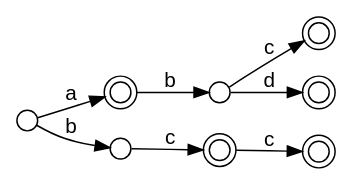
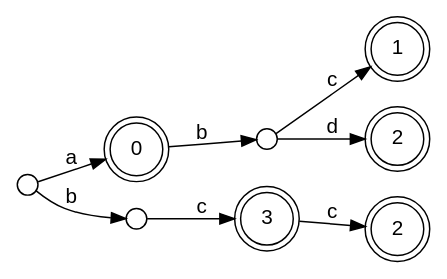
One commit to daac-tools/trie-match changed the diagram in figures/graph.dot. Above: the diagram before and after it, drawn with Graphviz. The commit also changed 5 other files, not shown here.

```diff
--- a/figures/graph.dot
+++ b/figures/graph.dot
@@ -1,15 +1,19 @@
 digraph trie {
     //fontname="Helvetica,Arial,sans-serif"
     node [fontname="sans-serif"]
     edge [fontname="sans-serif"]
     rankdir=LR;
-    node [shape = doublecircle, width=0.2, label = ""]; 1 3 4 6 7;
-    node [shape = circle, width=0.2];
+    node [shape = doublecircle, width=0.0, label = "0"]; 1;
+    node [shape = doublecircle, width=0.0, label = "1"]; 3;
+    node [shape = doublecircle, width=0.0, label = "2"]; 4;
+    node [shape = doublecircle, width=0.0, label = "3"]; 6;
+    node [shape = doublecircle, width=0.0, label = "2"]; 7;
+    node [shape = circle, width=0.2, label = ""];
     0->1 [label = "a"];
     1->2 [label = "b"];
     2->3 [label = "c"];
     2->4 [label = "d"];
     0->5 [label = "b"];
     5->6 [label = "c"];
     6->7 [label = "c"];
 }
```
